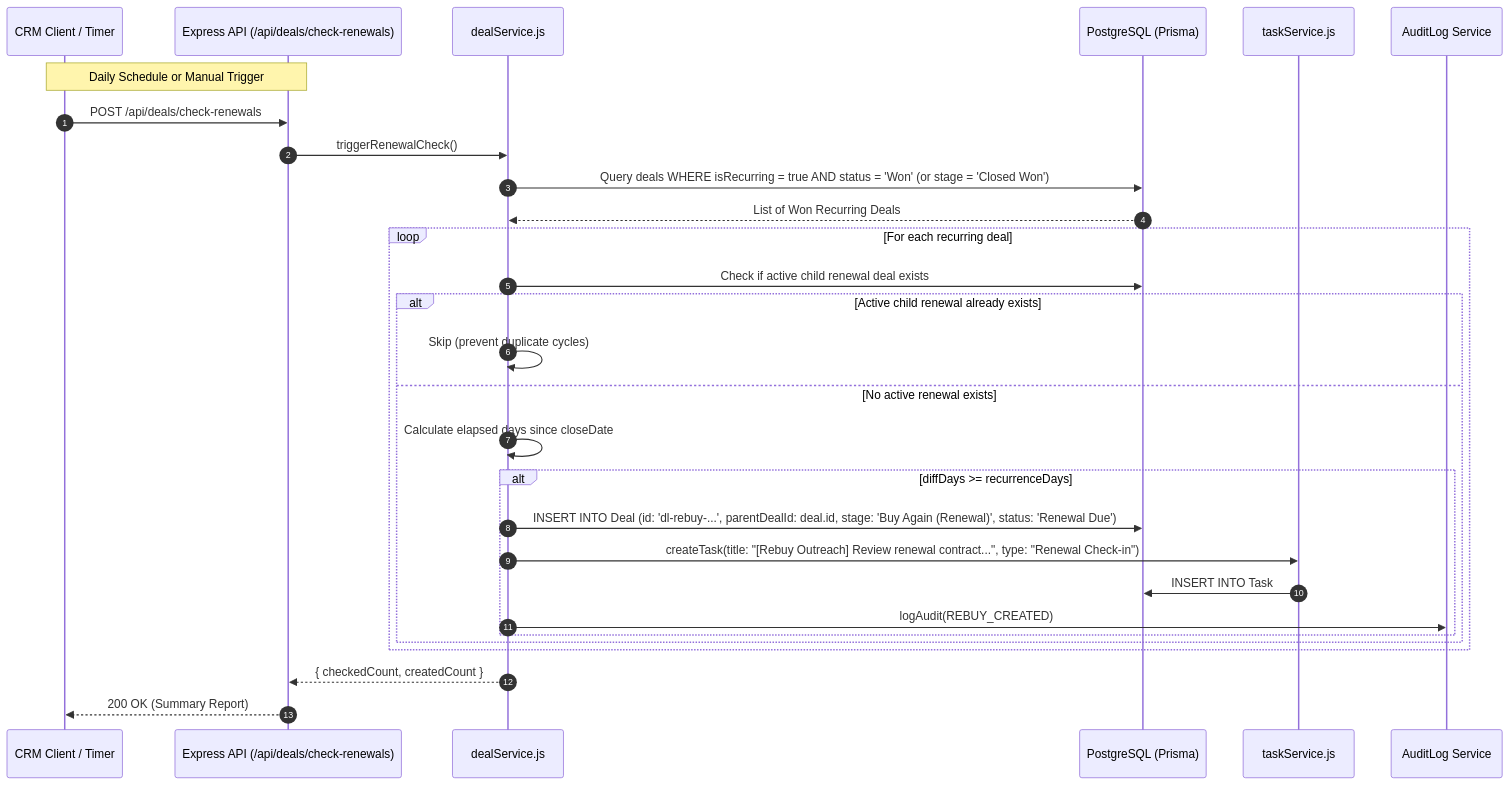
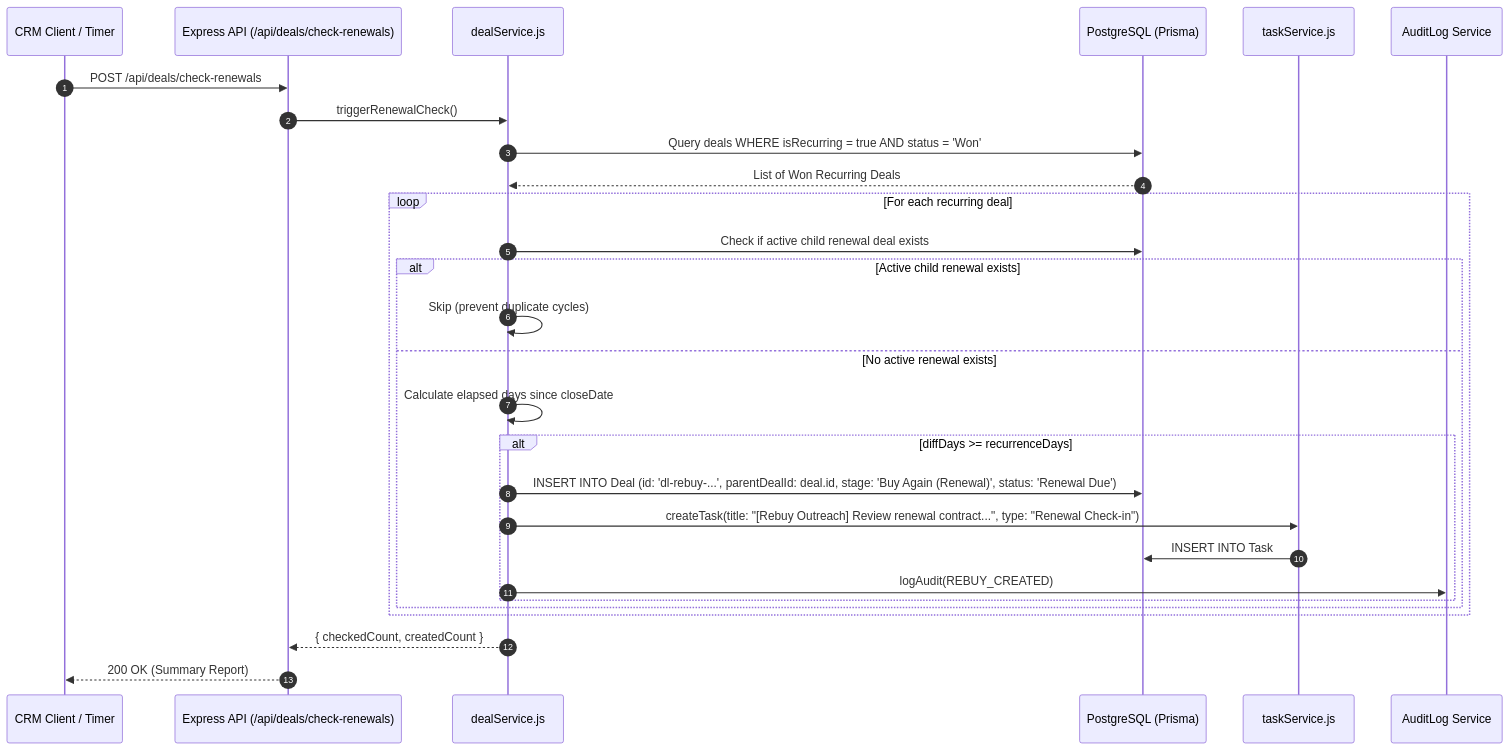
The seventh of 9 diagrams in flow.md (DevSolanki13/CRM-Demo), drawn with Mermaid before and after one commit. The commit also changed other lines of this file and 7 other files, not shown here.

Commit message:
docs: update project documentation to reflect current architecture, features, and test suites

````diff
--- a/flow.md
+++ b/flow.md
@@ -256,34 +220,33 @@
 ```mermaid
 sequenceDiagram
     autonumber
     participant App as CRM Client / Timer
     participant API as Express API (/api/deals/check-renewals)
     participant DealSvc as dealService.js
     participant DB as PostgreSQL (Prisma)
     participant TskSvc as taskService.js
     participant Audit as AuditLog Service
 
-    Note over App,API: Daily Schedule or Manual Trigger
     App->>API: POST /api/deals/check-renewals
     API->>DealSvc: triggerRenewalCheck()
-    DealSvc->>DB: Query deals WHERE isRecurring = true AND status = 'Won' (or stage = 'Closed Won')
+    DealSvc->>DB: Query deals WHERE isRecurring = true AND status = 'Won'
     DB-->>DealSvc: List of Won Recurring Deals
 
     loop For each recurring deal
         DealSvc->>DB: Check if active child renewal deal exists
-        alt Active child renewal already exists
+        alt Active child renewal exists
             DealSvc->>DealSvc: Skip (prevent duplicate cycles)
         else No active renewal exists
             DealSvc->>DealSvc: Calculate elapsed days since closeDate
             alt diffDays >= recurrenceDays
                 DealSvc->>DB: INSERT INTO Deal (id: 'dl-rebuy-...', parentDealId: deal.id, stage: 'Buy Again (Renewal)', status: 'Renewal Due')
                 DealSvc->>TskSvc: createTask(title: "[Rebuy Outreach] Review renewal contract...", type: "Renewal Check-in")
                 TskSvc->>DB: INSERT INTO Task
                 DealSvc->>Audit: logAudit(REBUY_CREATED)
             end
         end
     end
 
     DealSvc-->>API: { checkedCount, createdCount }
     API-->>App: 200 OK (Summary Report)
 ```
````
